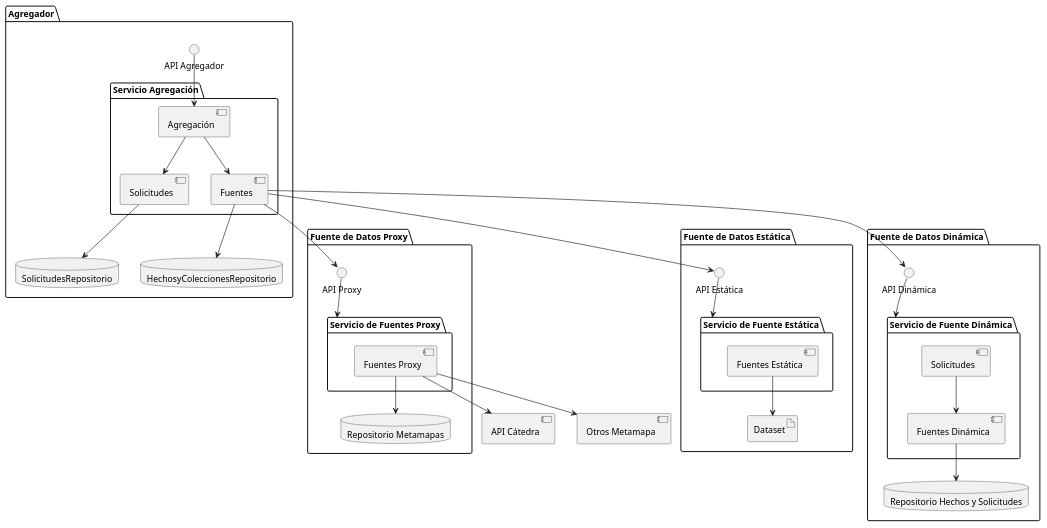
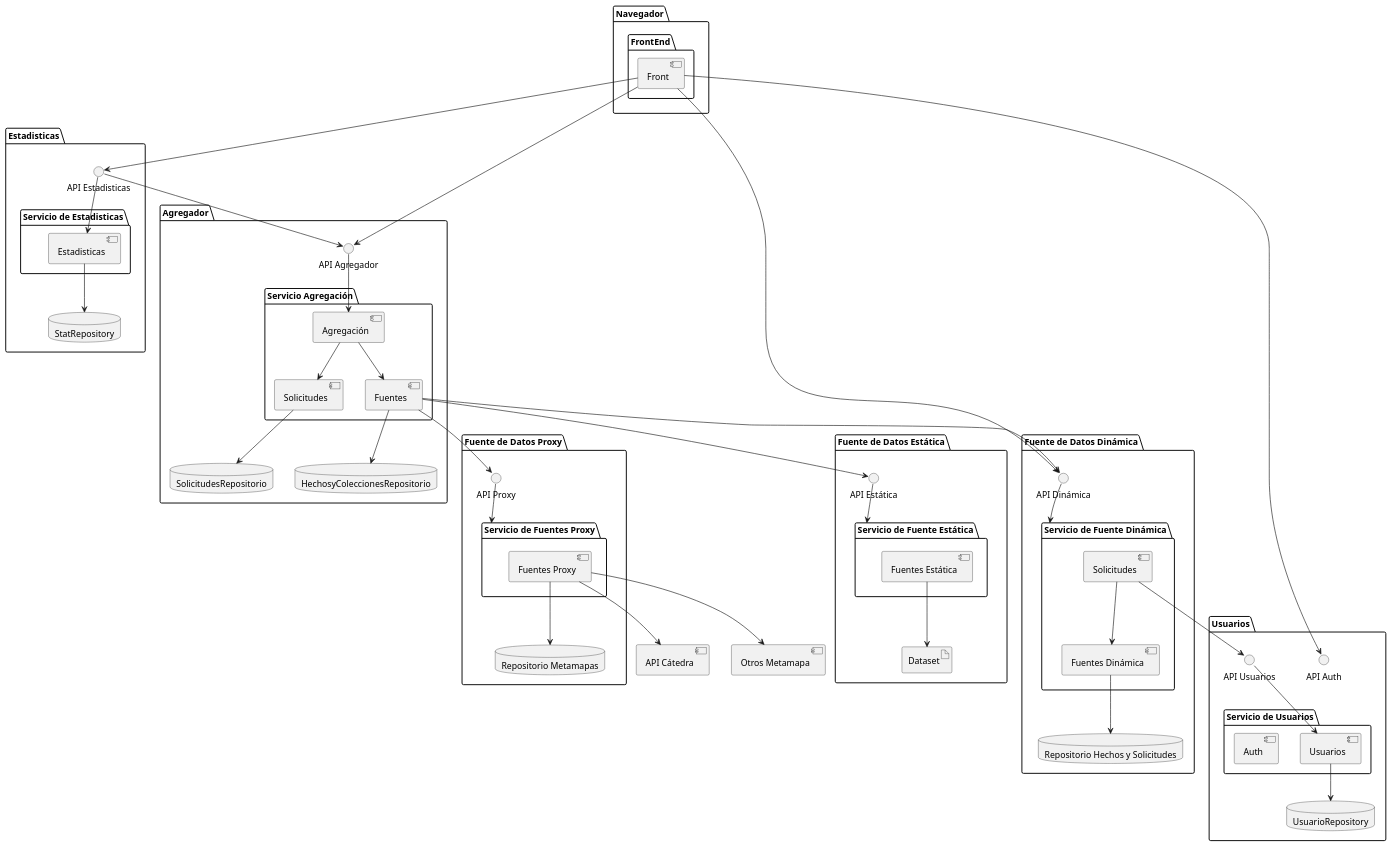
The diagram in diagramas/Diagrama de Arquitectura.puml (OslothLAS/ProyectoDeploy), drawn with PlantUML before and after one commit.

Commit message:
update diagrama

```diff
--- a/diagramas/Diagrama de Arquitectura.puml
+++ b/diagramas/Diagrama de Arquitectura.puml
@@ -1,83 +1,120 @@
 @startuml
 ' =======================
 ' Fuente de Datos Proxy
 ' =======================
 package "Fuente de Datos Proxy" {
   () "API Proxy" as apiProxy
 
   package "Servicio de Fuentes Proxy" {
     [Fuentes Proxy] as instancias
   }
       Database "Repositorio Metamapas" as repo
 
 }
 
 apiProxy --> "Servicio de Fuentes Proxy"
 instancias --> repo
 instancias --> [Otros Metamapa]
 instancias --> [API Cátedra]
 
 ' =======================
 ' Fuente de Datos Estática
 ' =======================
 package "Fuente de Datos Estática" {
   () "API Estática" as apiEstatica
 
   package "Servicio de Fuente Estática" {
     [Fuentes Estática] as fuentesE
   }
 
   artifact "Dataset" as dataset
 }
 
 apiEstatica --> "Servicio de Fuente Estática"
 fuentesE --> dataset
 
 ' =======================
 ' Fuente de Datos Dinámica
 ' =======================
 package "Fuente de Datos Dinámica" {
   () "API Dinámica" as apiDinamica
 
   package "Servicio de Fuente Dinámica" {
     [Fuentes Dinámica] as fuentesD
     [Solicitudes] as solicitudes
   }
 
   database "Repositorio Hechos y Solicitudes" as hechos
 }
 
 
 
 apiDinamica --> "Servicio de Fuente Dinámica"
 fuentesD --> hechos
 solicitudes --> fuentesD
 
 
 ' =======================
 ' Agregador
 ' =======================
 package "Agregador" {
   () "API Agregador" as apiAgregador
 
   package "Servicio Agregación" {
     [Agregación] as agregacion
     [Fuentes] as fuentes
     [Solicitudes] as solicitudesModelo
   }
   database HechosyColeccionesRepositorio
   database SolicitudesRepositorio
 }
 
+package "Usuarios" {
+  () "API Usuarios" as apiUsuarios
+  () "API Auth" as apiAuth
+
+  package "Servicio de Usuarios" {
+    [Usuarios] as usuario
+    [Auth] as auth
+  }
+  database UsuarioRepository as usuarios
+}
+apiUsuarios --> usuario
+usuario --> usuarios
+
+
+package "Estadisticas" {
+  () "API Estadisticas" as apiEstadisticas
+
+  package "Servicio de Estadisticas" {
+    [Estadisticas] as estadisticas
+  }
+  database StatRepository as stats
+}
+apiEstadisticas --> estadisticas
+estadisticas --> stats
+apiEstadisticas --> apiAgregador
+
+package "Navegador" {
+  package "FrontEnd" {
+     [Front] as front
+  }
+}
+
+front --> apiAuth
+front --> apiEstadisticas
+front --> apiAgregador
+front --> apiDinamica
+
 apiAgregador --> agregacion
 agregacion --> fuentes
 agregacion --> solicitudesModelo
 solicitudesModelo --> SolicitudesRepositorio
 
 ' Fuentes conectada a las 3 APIs
 fuentes --> apiProxy
 fuentes --> apiEstatica
 fuentes --> apiDinamica
 fuentes --> HechosyColeccionesRepositorio
-
+solicitudes --> apiUsuarios
 @enduml
```
